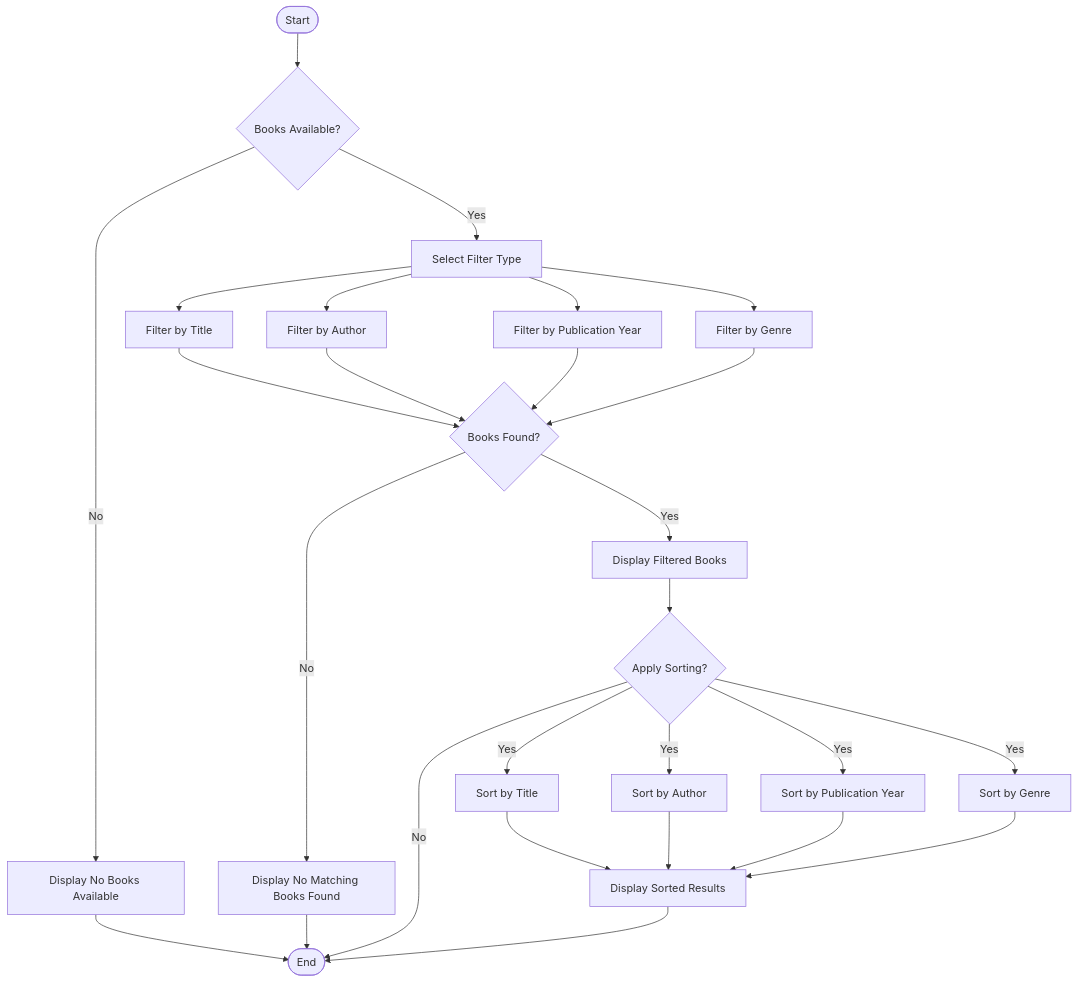
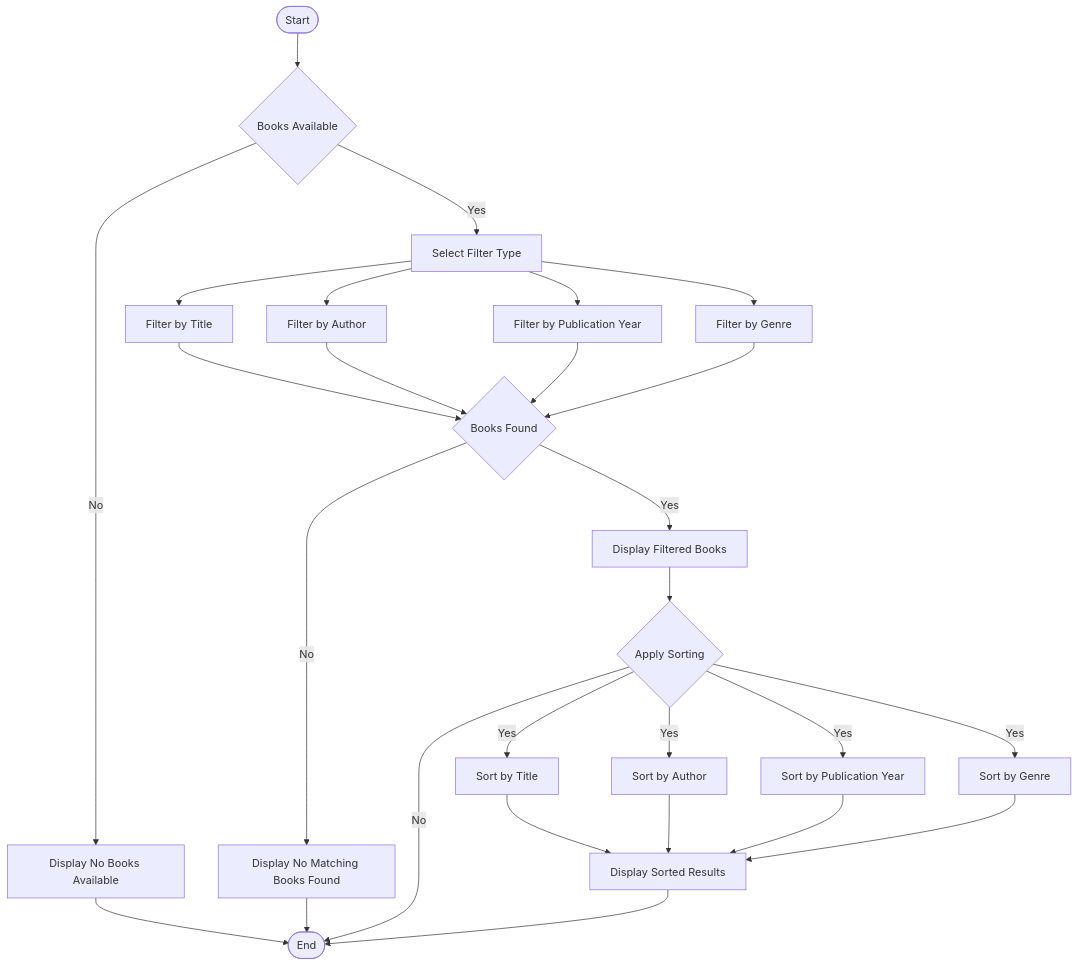
The first of 3 diagrams in Flowchart - Librarian.md (pdfrick-del/Brugg---Team-D), drawn with Mermaid before and after one commit. The commit also changed other lines of this file, not shown here.

Commit message:
Update flowchart terminology for consistency

````diff
--- a/Flowchart - Librarian.md
+++ b/Flowchart - Librarian.md
@@ -5,41 +5,41 @@
 ```mermaid
 flowchart TD
 
-Start([Start]) --> A{Books Available?}
+Start([Start]) --> A{Books Available}
 
 A -->|No| B[Display No Books Available]
 B --> End([End])
 
 A -->|Yes| C[Select Filter Type]
 
 C --> D[Filter by Title]
 C --> E[Filter by Author]
 C --> F[Filter by Publication Year]
 C --> G[Filter by Genre]
 
-D --> H{Books Found?}
+D --> H{Books Found}
 E --> H
 F --> H
 G --> H
 
 H -->|No| I[Display No Matching Books Found]
 I --> End
 
 H -->|Yes| J[Display Filtered Books]
 
-J --> K{Apply Sorting?}
+J --> K{Apply Sorting}
 
 K -->|No| End
 
 K -->|Yes| L[Sort by Title]
 K -->|Yes| M[Sort by Author]
 K -->|Yes| N[Sort by Publication Year]
 K -->|Yes| O[Sort by Genre]
 
 L --> P[Display Sorted Results]
 M --> P
 N --> P
 O --> P
 
 P --> End
 ```
````
